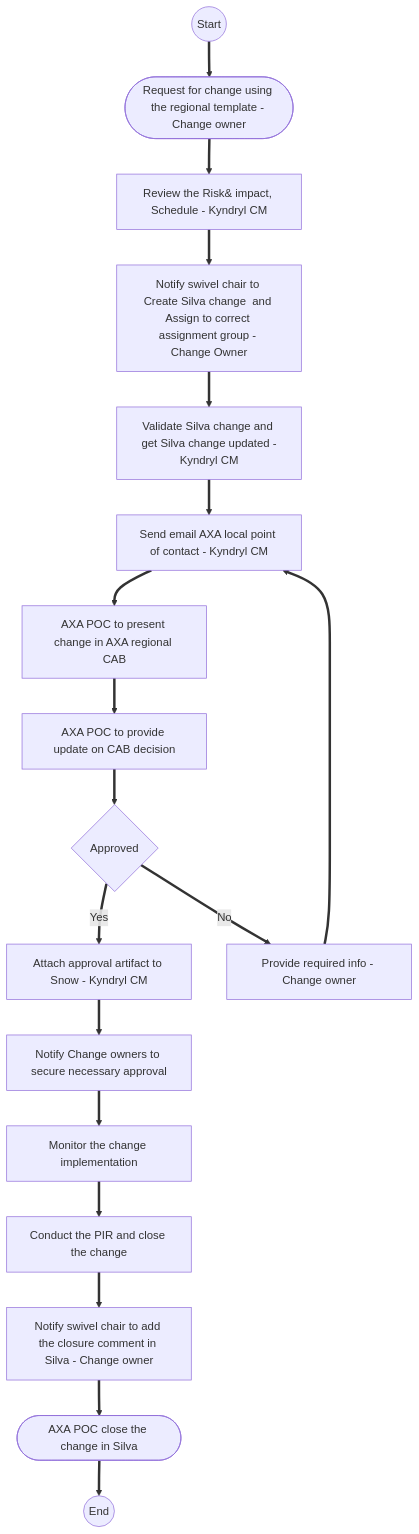
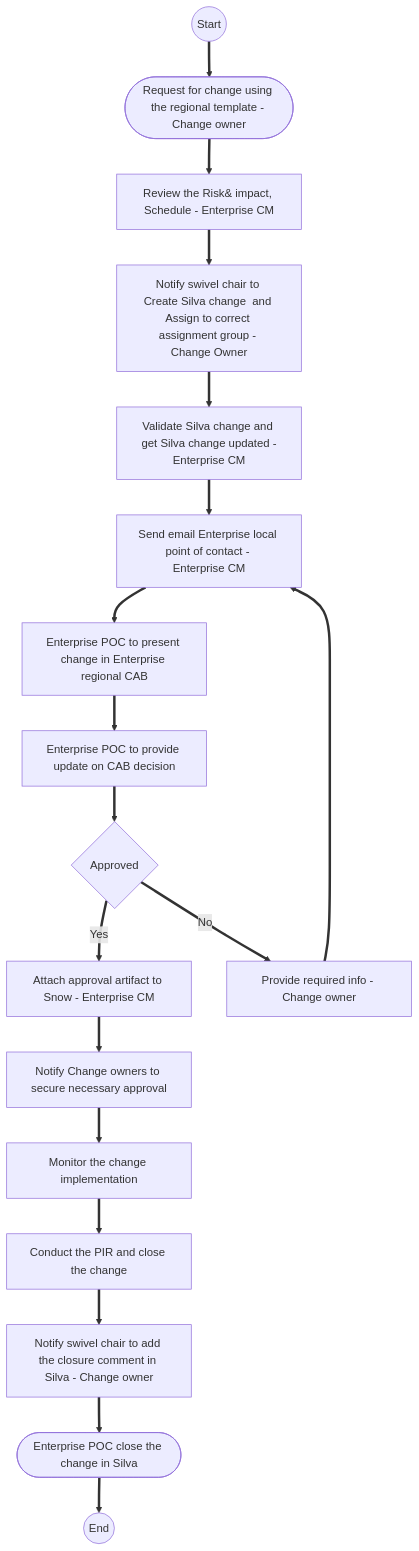
The diagram in docs/squads/service/cmcoreit.md (spnizen/cognitive-automation), drawn with Mermaid before and after one commit. The commit also changed other lines of this file and 112 other files, not shown here.

````diff
--- a/docs/squads/service/cmcoreit.md
+++ b/docs/squads/service/cmcoreit.md
@@ -94,24 +94,24 @@
   ``` mermaid
         flowchart TD;
 
         S((Start))==>X
-        X([Request for change using the regional template - Change owner]) ==> A[Review the Risk& impact, Schedule - Kyndryl CM];
-        B[Notify swivel chair to Create Silva change  and Assign to correct assignment group - Change Owner] ==> C[Validate Silva change and get Silva change updated -Kyndryl CM];
+        X([Request for change using the regional template - Change owner]) ==> A[Review the Risk& impact, Schedule - Enterprise CM];
+        B[Notify swivel chair to Create Silva change  and Assign to correct assignment group - Change Owner] ==> C[Validate Silva change and get Silva change updated -Enterprise CM];
         A ==> B;
-        D[Send email AXA local point of contact - Kyndryl CM] ==> E[AXA POC to present change in AXA regional CAB];
+        D[Send email Enterprise local point of contact - Enterprise CM] ==> E[Enterprise POC to present change in Enterprise regional CAB];
         C ==> D;
-        F[AXA POC to provide update on CAB decision] ==> G{Approved} ==> |Yes| G1[Attach approval artifact to Snow - Kyndryl CM];
+        F[Enterprise POC to provide update on CAB decision] ==> G{Approved} ==> |Yes| G1[Attach approval artifact to Snow - Enterprise CM];
         G ==> |No| G2[Provide required info - Change owner]
         E ==> F;
         G2 ==>D;
         H[Notify Change owners to secure necessary approval] ==> I[Monitor the change implementation];
         J[Conduct the PIR and close the change] ==> K[Notify swivel chair to add the closure comment in Silva - Change owner];
         G1 ==> H;
         I ==> J;
-        Y([AXA POC close the change in Silva])
+        Y([Enterprise POC close the change in Silva])
         K ==> Y ==> T((End))
 
 
 
 
   ```
````
